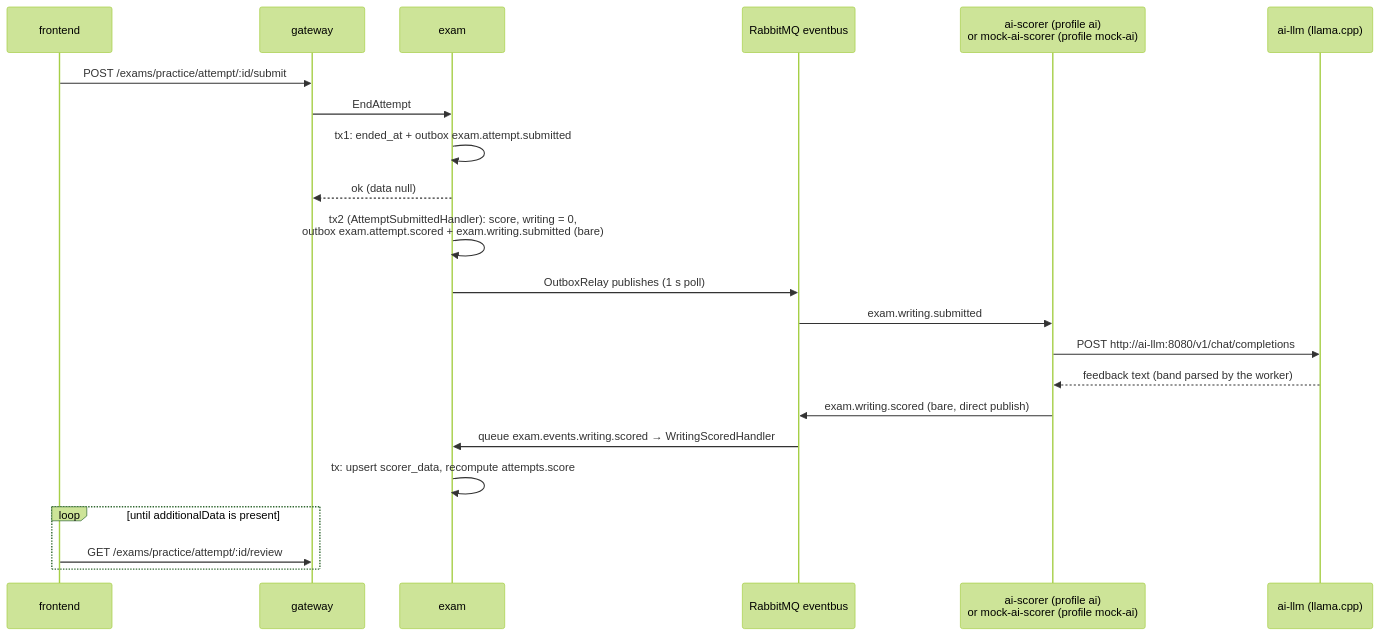
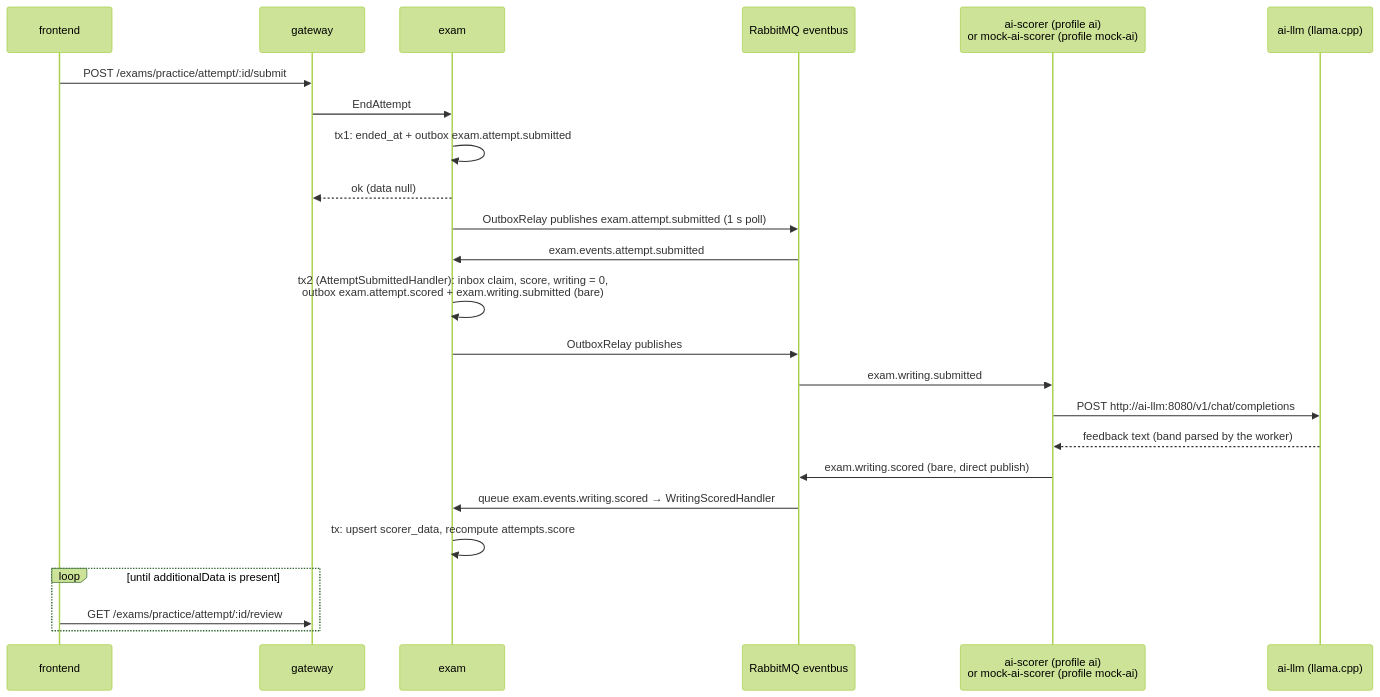
Before and after one commit to HDkit/meowlish: the diagram in docs/architecture/flows/exam.md, drawn with Mermaid (forest theme). The commit also changed other lines of this file and 17 other files, not shown here.

First line of the commit message:
fix(exam): durable scoring through the inbox; exam.attempt.rescored for writing points

````diff
--- a/docs/architecture/flows/exam.md
+++ b/docs/architecture/flows/exam.md
@@ -309,24 +309,26 @@
 ```mermaid
 sequenceDiagram
   participant FE as frontend
   participant G as gateway
   participant E as exam
   participant MQ as RabbitMQ eventbus
   participant S as ai-scorer (profile ai)<br/>or mock-ai-scorer (profile mock-ai)
   participant L as ai-llm (llama.cpp)
   FE->>G: POST /exams/practice/attempt/:id/submit
   G->>E: EndAttempt
   E->>E: tx1: ended_at + outbox exam.attempt.submitted
   E-->>G: ok (data null)
-  E->>E: tx2 (AttemptSubmittedHandler): score, writing = 0,<br/>outbox exam.attempt.scored + exam.writing.submitted (bare)
-  E->>MQ: OutboxRelay publishes (1 s poll)
+  E->>MQ: OutboxRelay publishes exam.attempt.submitted (1 s poll)
+  MQ->>E: exam.events.attempt.submitted
+  E->>E: tx2 (AttemptSubmittedHandler): inbox claim, score, writing = 0,<br/>outbox exam.attempt.scored + exam.writing.submitted (bare)
+  E->>MQ: OutboxRelay publishes
   MQ->>S: exam.writing.submitted
   S->>L: POST http://ai-llm:8080/v1/chat/completions
   L-->>S: feedback text (band parsed by the worker)
   S->>MQ: exam.writing.scored (bare, direct publish)
   MQ->>E: queue exam.events.writing.scored → WritingScoredHandler
   E->>E: tx: upsert scorer_data, recompute attempts.score
   loop until additionalData is present
     FE->>G: GET /exams/practice/attempt/:id/review
   end
 ```
````
